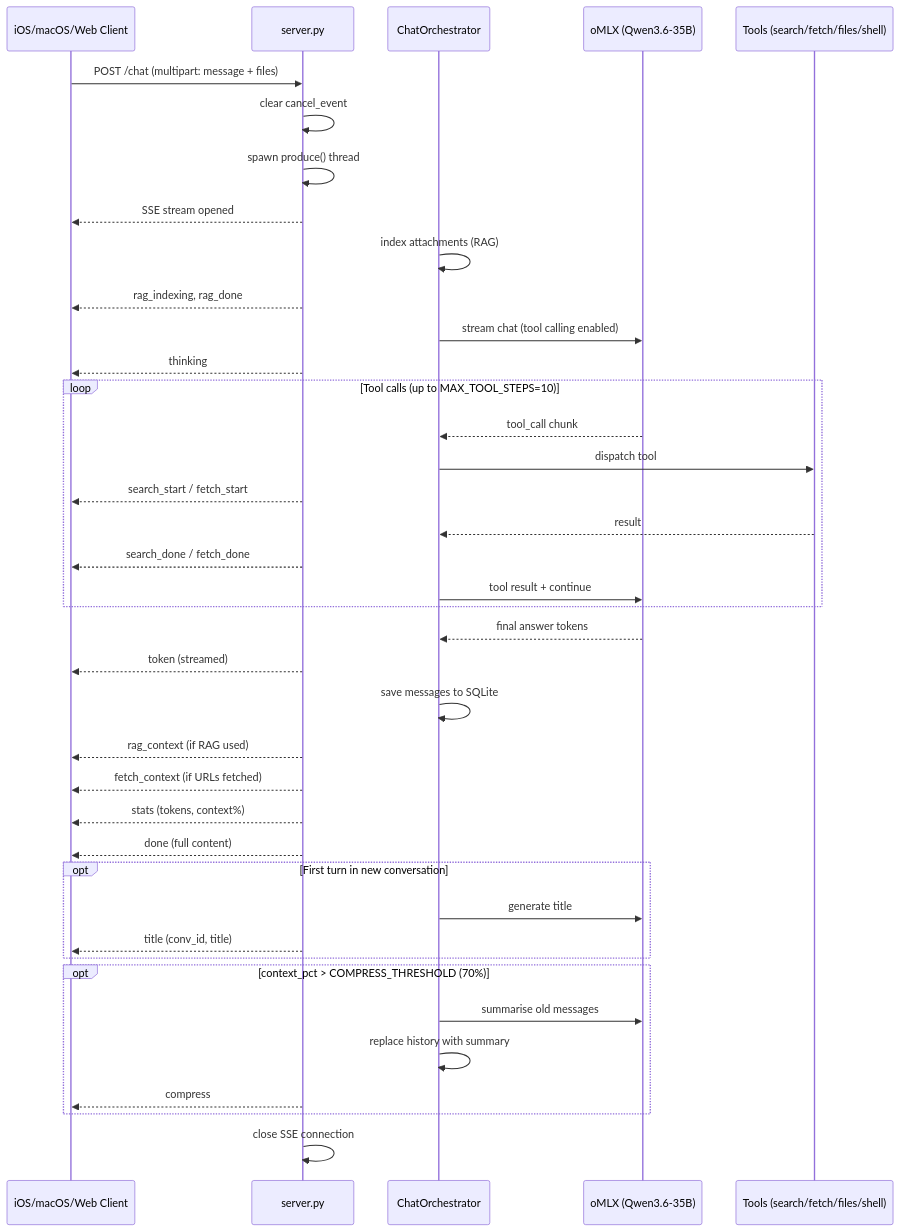
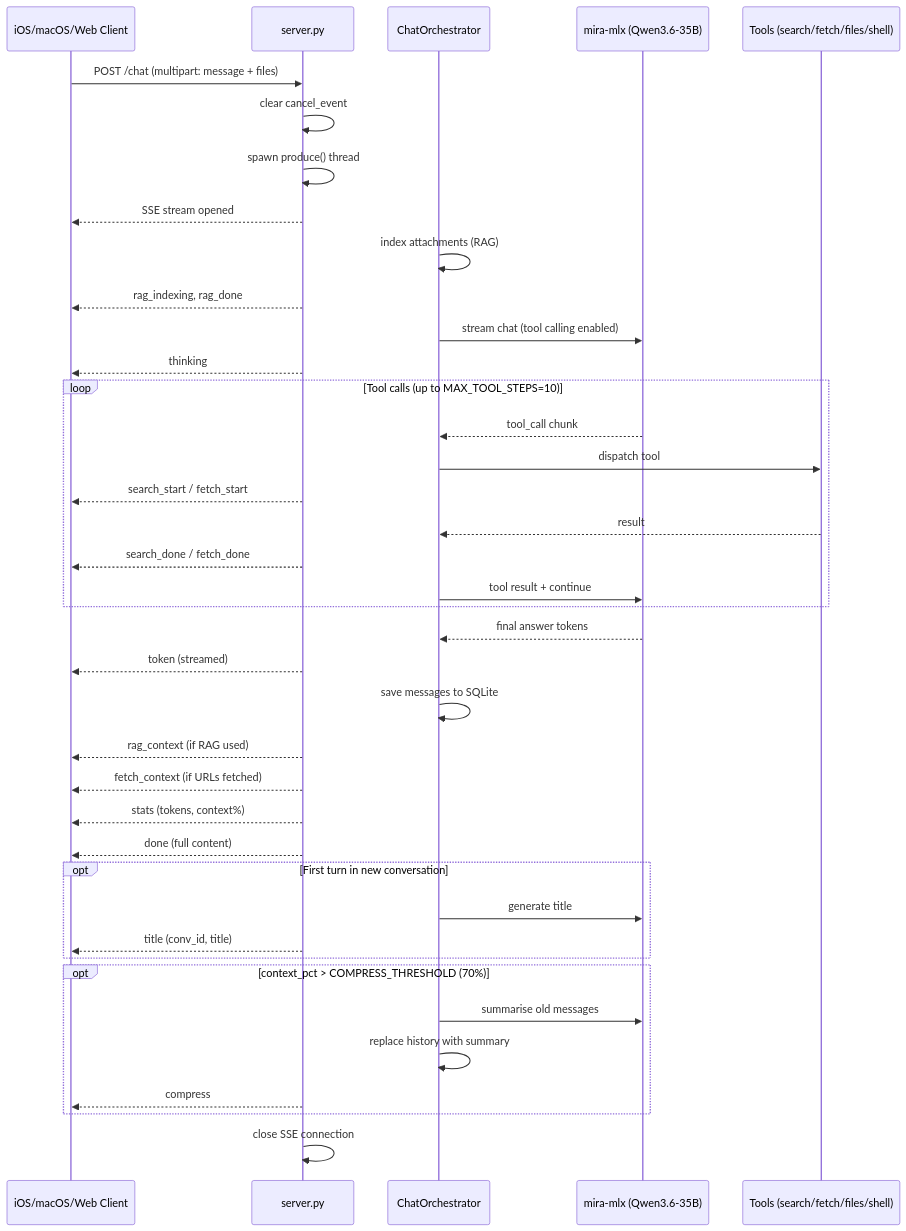
The second of 6 diagrams in docs/diagram.md (mabaeyens/mira-core), drawn with Mermaid before and after one commit. The commit also changed other lines of this file and 8 other files, not shown here.

````diff
--- a/docs/diagram.md
+++ b/docs/diagram.md
@@ -62,50 +61,50 @@
 ```mermaid
 sequenceDiagram
     participant Client as iOS/macOS/Web Client
     participant Server as server.py
     participant Orch as ChatOrchestrator
-    participant Ollama as oMLX (Qwen3.6-35B)
+    participant LLM as mira-mlx (Qwen3.6-35B)
     participant Tools as Tools (search/fetch/files/shell)
 
     Client->>Server: POST /chat (multipart: message + files)
     Server->>Server: clear cancel_event
     Server->>Server: spawn produce() thread
     Server-->>Client: SSE stream opened
 
     Orch->>Orch: index attachments (RAG)
     Server-->>Client: rag_indexing, rag_done
 
-    Orch->>Ollama: stream chat (tool calling enabled)
+    Orch->>LLM: stream chat (tool calling enabled)
     Server-->>Client: thinking
 
     loop Tool calls (up to MAX_TOOL_STEPS=10)
-        Ollama-->>Orch: tool_call chunk
+        LLM-->>Orch: tool_call chunk
         Orch->>Tools: dispatch tool
         Server-->>Client: search_start / fetch_start
         Tools-->>Orch: result
         Server-->>Client: search_done / fetch_done
-        Orch->>Ollama: tool result + continue
+        Orch->>LLM: tool result + continue
     end
 
-    Ollama-->>Orch: final answer tokens
+    LLM-->>Orch: final answer tokens
     Server-->>Client: token (streamed)
 
     Orch->>Orch: save messages to SQLite
     Server-->>Client: rag_context (if RAG used)
     Server-->>Client: fetch_context (if URLs fetched)
     Server-->>Client: stats (tokens, context%)
     Server-->>Client: done (full content)
 
     opt First turn in new conversation
-        Orch->>Ollama: generate title
+        Orch->>LLM: generate title
         Server-->>Client: title (conv_id, title)
     end
 
     opt context_pct > COMPRESS_THRESHOLD (70%)
-        Orch->>Ollama: summarise old messages
+        Orch->>LLM: summarise old messages
         Orch->>Orch: replace history with summary
         Server-->>Client: compress
     end
 
     Server->>Server: close SSE connection
 ```
````
